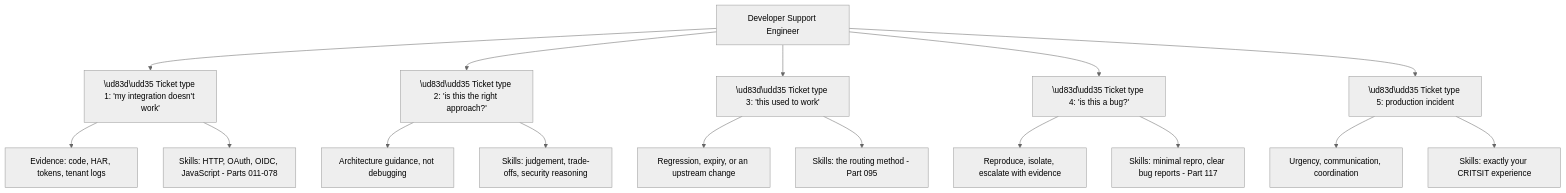
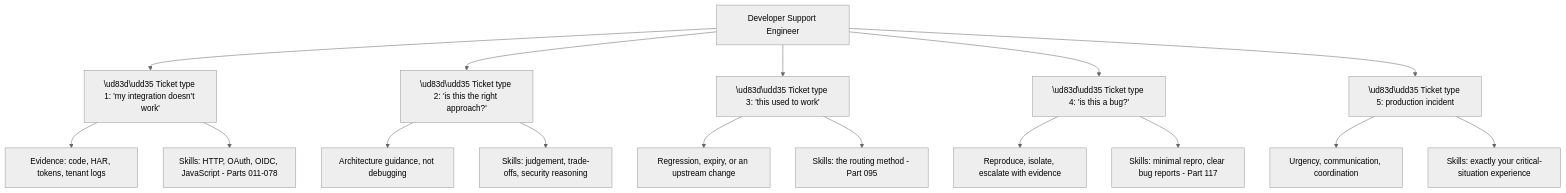
One commit to hichauhan-in/Interview-Prep changed the seventh of 8 diagrams in Okta DSE/prep/Part-096-okta-portfolio-map-customer-identity-cloud-workforce-identity-identity-engine.md. Above: the diagram before and after it, drawn with Mermaid (neutral theme). The commit also changed other lines of this file and 493 other files, not shown here.

````diff
--- a/Okta DSE/prep/Part-096-okta-portfolio-map-customer-identity-cloud-workforce-identity-identity-engine.md
+++ b/Okta DSE/prep/Part-096-okta-portfolio-map-customer-identity-cloud-workforce-identity-identity-engine.md
@@ -251,18 +251,18 @@
 ```mermaid
 flowchart TD
     D["Developer Support Engineer"] --> T1["\ud83d\udd35 Ticket type 1: 'my integration doesn't work'"]
     T1 --> T1a["Evidence: code, HAR, tokens, tenant logs"]
     T1 --> T1b["Skills: HTTP, OAuth, OIDC, JavaScript - Parts 011-078"]
     D --> T2["\ud83d\udd35 Ticket type 2: 'is this the right approach?'"]
     T2 --> T2a["Architecture guidance, not debugging"]
     T2 --> T2b["Skills: judgement, trade-offs, security reasoning"]
     D --> T3["\ud83d\udd35 Ticket type 3: 'this used to work'"]
     T3 --> T3a["Regression, expiry, or an upstream change"]
     T3 --> T3b[" Skills: the routing method - Part 095"]
     D --> T4["\ud83d\udd35 Ticket type 4: 'is this a bug?'"]
     T4 --> T4a["Reproduce, isolate, escalate with evidence"]
     T4 --> T4b["Skills: minimal repro, clear bug reports - Part 117"]
     D --> T5["\ud83d\udd35 Ticket type 5: production incident"]
     T5 --> T5a["Urgency, communication, coordination"]
-    T5 --> T5b["Skills: exactly your CRITSIT experience"]
+    T5 --> T5b["Skills: exactly your critical-situation experience"]
 ```
````
